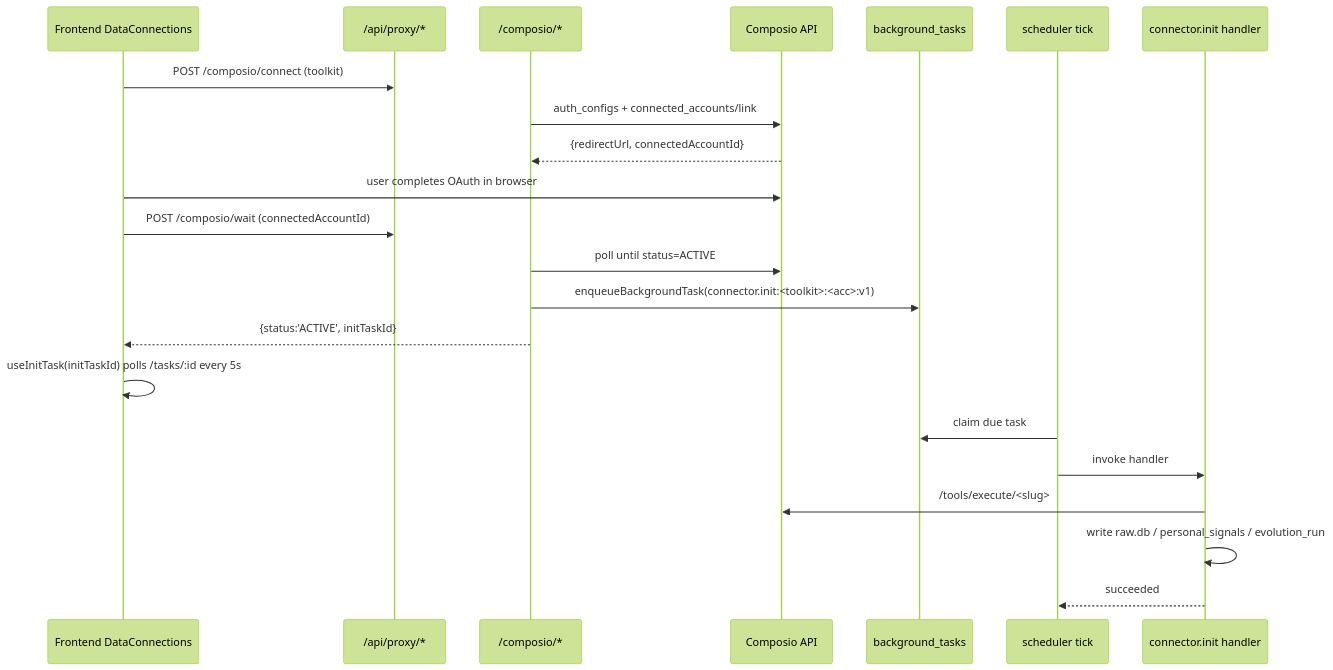
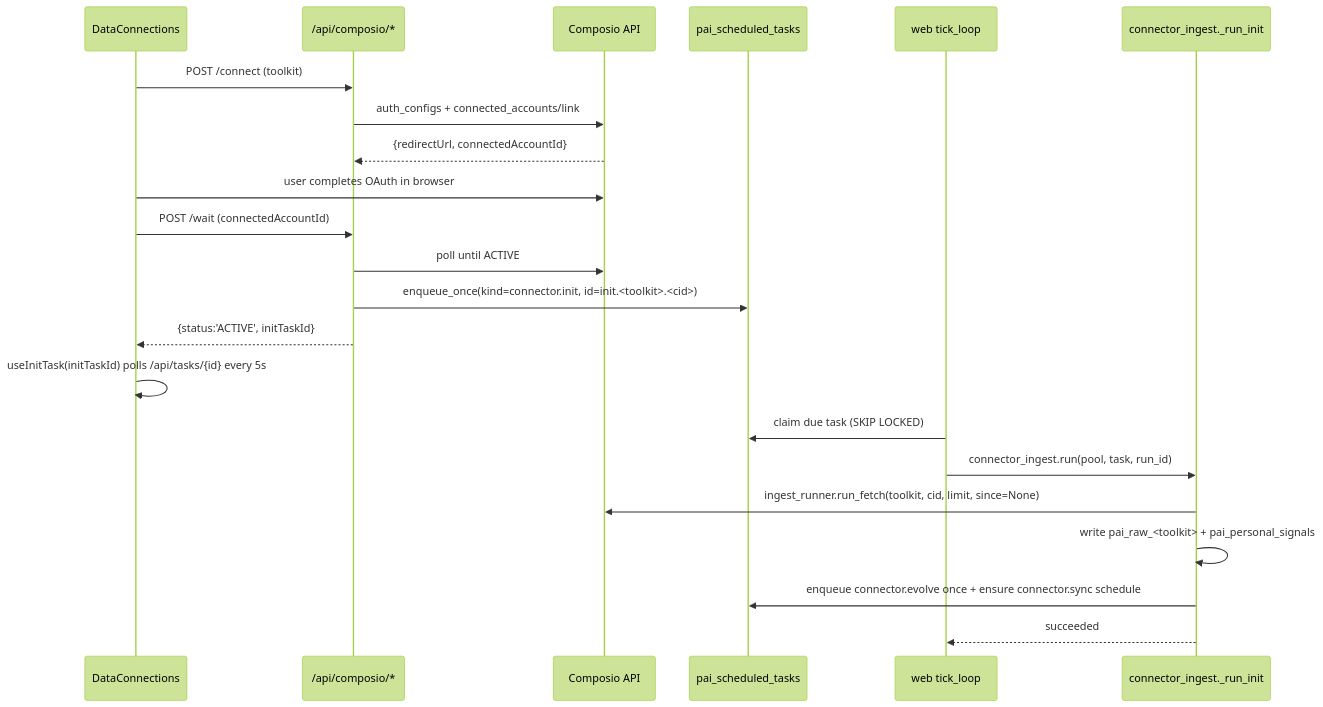
Before and after one commit to Edge-AI-HQ/proactive-assistant: the second of 4 diagrams in docs/modules/data-connectors.mdx, drawn with Mermaid (forest theme). The commit also changed other lines of this file and 372 other files, not shown here.

````diff
--- a/docs/modules/data-connectors.mdx
+++ b/docs/modules/data-connectors.mdx
@@ -113,25 +94,25 @@
 ```mermaid
 sequenceDiagram
-  participant UI as Frontend DataConnections
-  participant Proxy as /api/proxy/*
-  participant Route as /composio/*
-  participant C as Composio API
-  participant Q as background_tasks
-  participant Sched as scheduler tick
-  participant H as connector.init handler
+  participant UI as DataConnections
+  participant Route as /api/composio/*
+  participant Composio as Composio API
+  participant Q as pai_scheduled_tasks
+  participant Sched as web tick_loop
+  participant H as connector_ingest._run_init
 
-  UI->>Proxy: POST /composio/connect (toolkit)
-  Route->>C: auth_configs + connected_accounts/link
-  C-->>Route: {redirectUrl, connectedAccountId}
-  UI->>C: user completes OAuth in browser
-  UI->>Proxy: POST /composio/wait (connectedAccountId)
-  Route->>C: poll until status=ACTIVE
-  Route->>Q: enqueueBackgroundTask(connector.init:<toolkit>:<acc>:v1)
+  UI->>Route: POST /connect (toolkit)
+  Route->>Composio: auth_configs + connected_accounts/link
+  Composio-->>Route: {redirectUrl, connectedAccountId}
+  UI->>Composio: user completes OAuth in browser
+  UI->>Route: POST /wait (connectedAccountId)
+  Route->>Composio: poll until ACTIVE
+  Route->>Q: enqueue_once(kind=connector.init, id=init.<toolkit>.<cid>)
   Route-->>UI: {status:'ACTIVE', initTaskId}
-  UI->>UI: useInitTask(initTaskId) polls /tasks/:id every 5s
-  Sched->>Q: claim due task
-  Sched->>H: invoke handler
-  H->>C: /tools/execute/<slug>
-  H->>H: write raw.db / personal_signals / evolution_run
+  UI->>UI: useInitTask(initTaskId) polls /api/tasks/{id} every 5s
+  Sched->>Q: claim due task (SKIP LOCKED)
+  Sched->>H: connector_ingest.run(pool, task, run_id)
+  H->>Composio: ingest_runner.run_fetch(toolkit, cid, limit, since=None)
+  H->>H: write pai_raw_<toolkit> + pai_personal_signals
+  H->>Q: enqueue connector.evolve once + ensure connector.sync schedule
   H-->>Sched: succeeded
 ```
````
